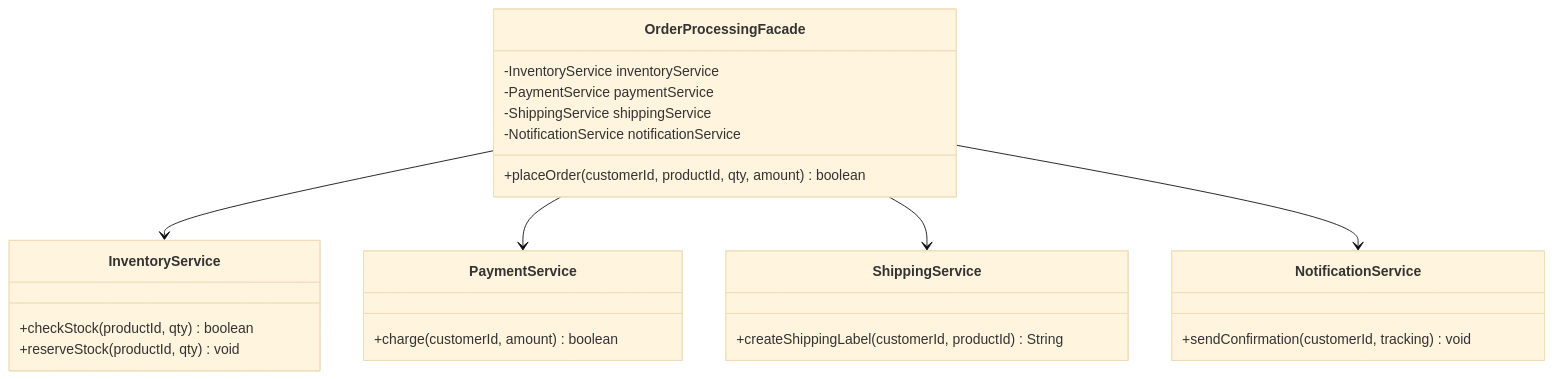
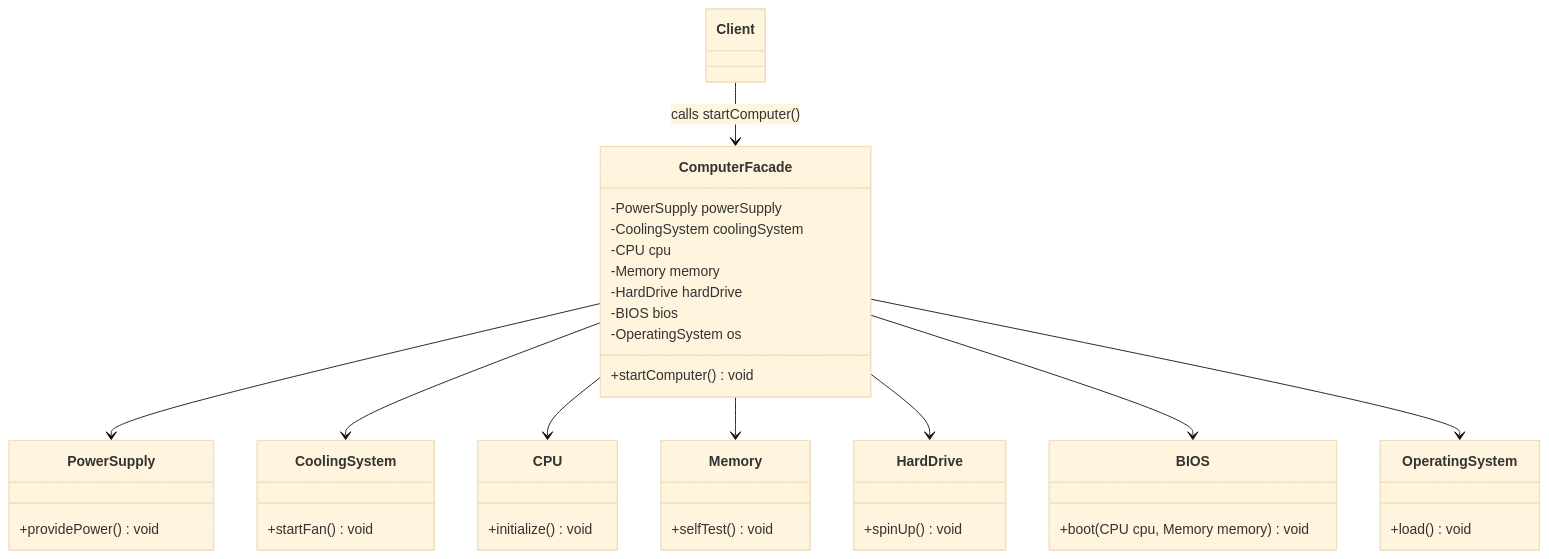
One commit to rohithgowda18/Notes changed the diagram in 04-OOPs-and-Design-Patterns/03-Design-Patterns/17-Facade-Design-Pattern.md. Above: the diagram before and after it, drawn with Mermaid (base theme). The commit also changed other lines of this file and 39 other files, not shown here.

````diff
--- a/04-OOPs-and-Design-Patterns/03-Design-Patterns/17-Facade-Design-Pattern.md
+++ b/04-OOPs-and-Design-Patterns/03-Design-Patterns/17-Facade-Design-Pattern.md
@@ -102,32 +93,47 @@
 ```mermaid
 classDiagram
-    class OrderProcessingFacade {
-        -InventoryService inventoryService
-        -PaymentService paymentService
-        -ShippingService shippingService
-        -NotificationService notificationService
-        +placeOrder(customerId, productId, qty, amount) boolean
+    class Client {
     }
 
-    class InventoryService {
-        +checkStock(productId, qty) boolean
-        +reserveStock(productId, qty) void
+    class ComputerFacade {
+        -PowerSupply powerSupply
+        -CoolingSystem coolingSystem
+        -CPU cpu
+        -Memory memory
+        -HardDrive hardDrive
+        -BIOS bios
+        -OperatingSystem os
+        +startComputer() void
     }
 
-    class PaymentService {
-        +charge(customerId, amount) boolean
+    class PowerSupply {
+        +providePower() void
+    }
+    class CoolingSystem {
+        +startFan() void
+    }
+    class CPU {
+        +initialize() void
+    }
+    class Memory {
+        +selfTest() void
+    }
+    class HardDrive {
+        +spinUp() void
+    }
+    class BIOS {
+        +boot(CPU cpu, Memory memory) void
+    }
+    class OperatingSystem {
+        +load() void
     }
 
-    class ShippingService {
-        +createShippingLabel(customerId, productId) String
-    }
-
-    class NotificationService {
-        +sendConfirmation(customerId, tracking) void
-    }
-
-    OrderProcessingFacade --> InventoryService
-    OrderProcessingFacade --> PaymentService
-    OrderProcessingFacade --> ShippingService
-    OrderProcessingFacade --> NotificationService
+    Client --> ComputerFacade : calls startComputer()
+    ComputerFacade --> PowerSupply
+    ComputerFacade --> CoolingSystem
+    ComputerFacade --> CPU
+    ComputerFacade --> Memory
+    ComputerFacade --> HardDrive
+    ComputerFacade --> BIOS
+    ComputerFacade --> OperatingSystem
 ```
````
